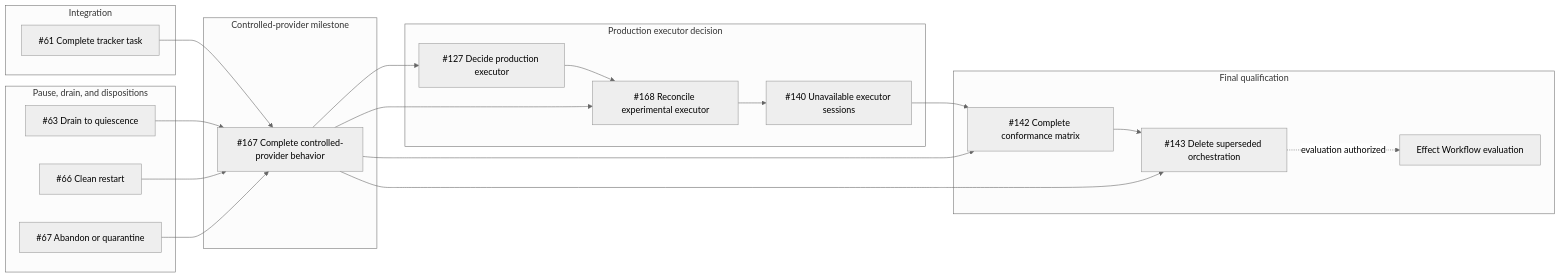
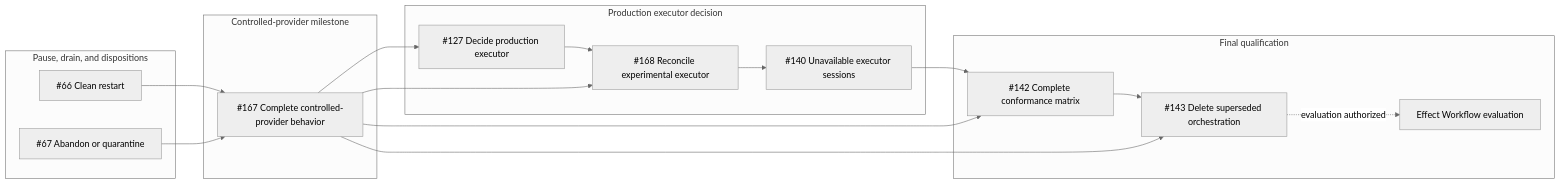
Before and after one commit to dearlordylord/dalph: the diagram in research/effect-workflow-prerequisite-subgraph.md, drawn with Mermaid (neutral theme).

Commit message:
docs: advance Effect Workflow prerequisite graph

````diff
--- a/research/effect-workflow-prerequisite-subgraph.md
+++ b/research/effect-workflow-prerequisite-subgraph.md
@@ -1,43 +1,36 @@
 ```mermaid
 flowchart LR
-  subgraph integration["Integration"]
-    i61["#61 Complete tracker task"]
-  end
-
   subgraph controls["Pause, drain, and dispositions"]
-    i63["#63 Drain to quiescence"]
     i66["#66 Clean restart"]
     i67["#67 Abandon or quarantine"]
   end
 
   subgraph milestone["Controlled-provider milestone"]
     i167["#167 Complete controlled-provider behavior"]
   end
 
   subgraph production["Production executor decision"]
     i127["#127 Decide production executor"]
     i168["#168 Reconcile experimental executor"]
     i140["#140 Unavailable executor sessions"]
   end
 
   subgraph final["Final qualification"]
     i142["#142 Complete conformance matrix"]
     i143["#143 Delete superseded orchestration"]
     effectWorkflow["Effect Workflow evaluation"]
   end
 
-  i61 --> i167
-  i63 --> i167
   i66 --> i167
   i67 --> i167
   i167 --> i127
   i127 --> i168
   i167 --> i168
   i168 --> i140
 
   i140 --> i142
   i167 --> i142
   i142 --> i143
   i167 --> i143
   i143 -. evaluation authorized .-> effectWorkflow
 ```
````
